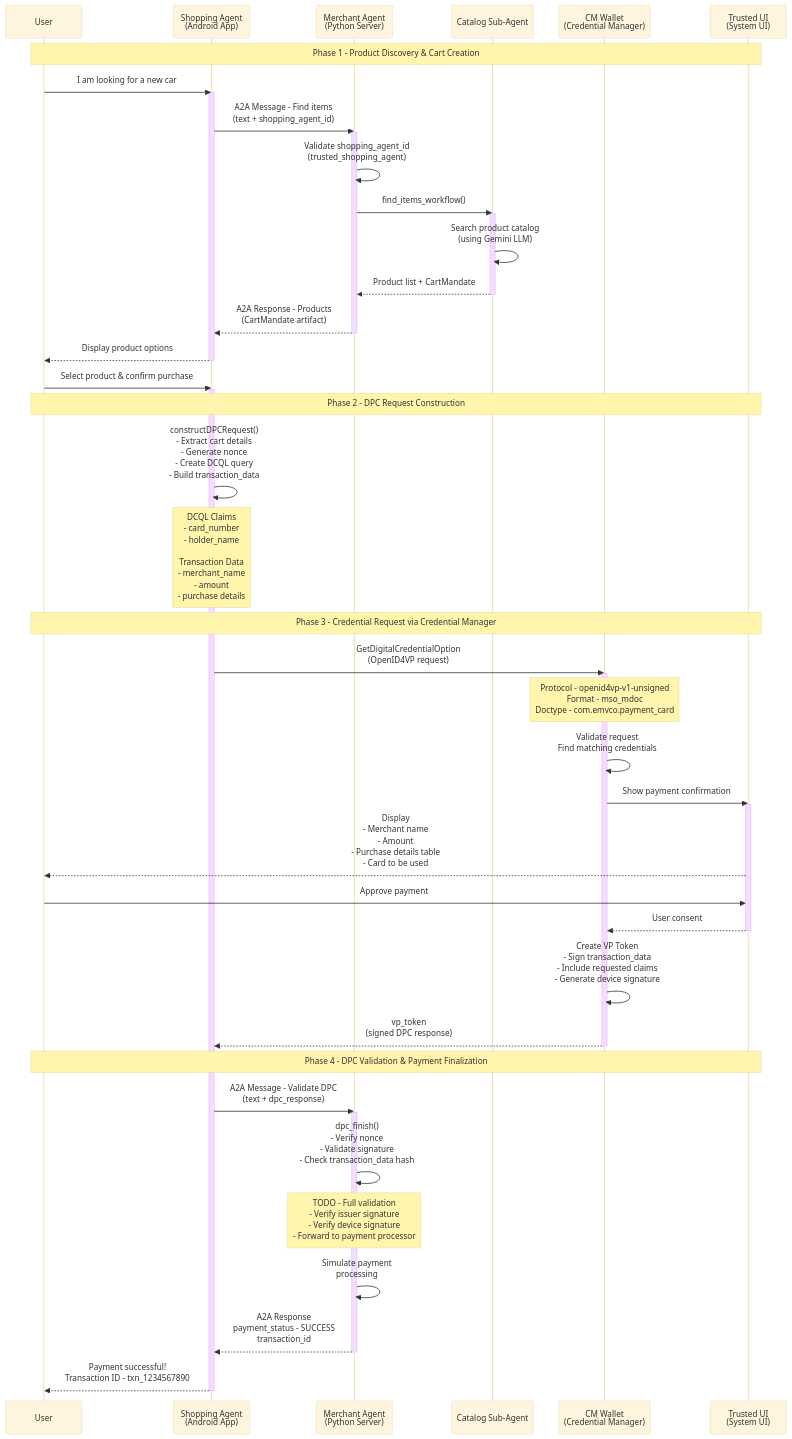
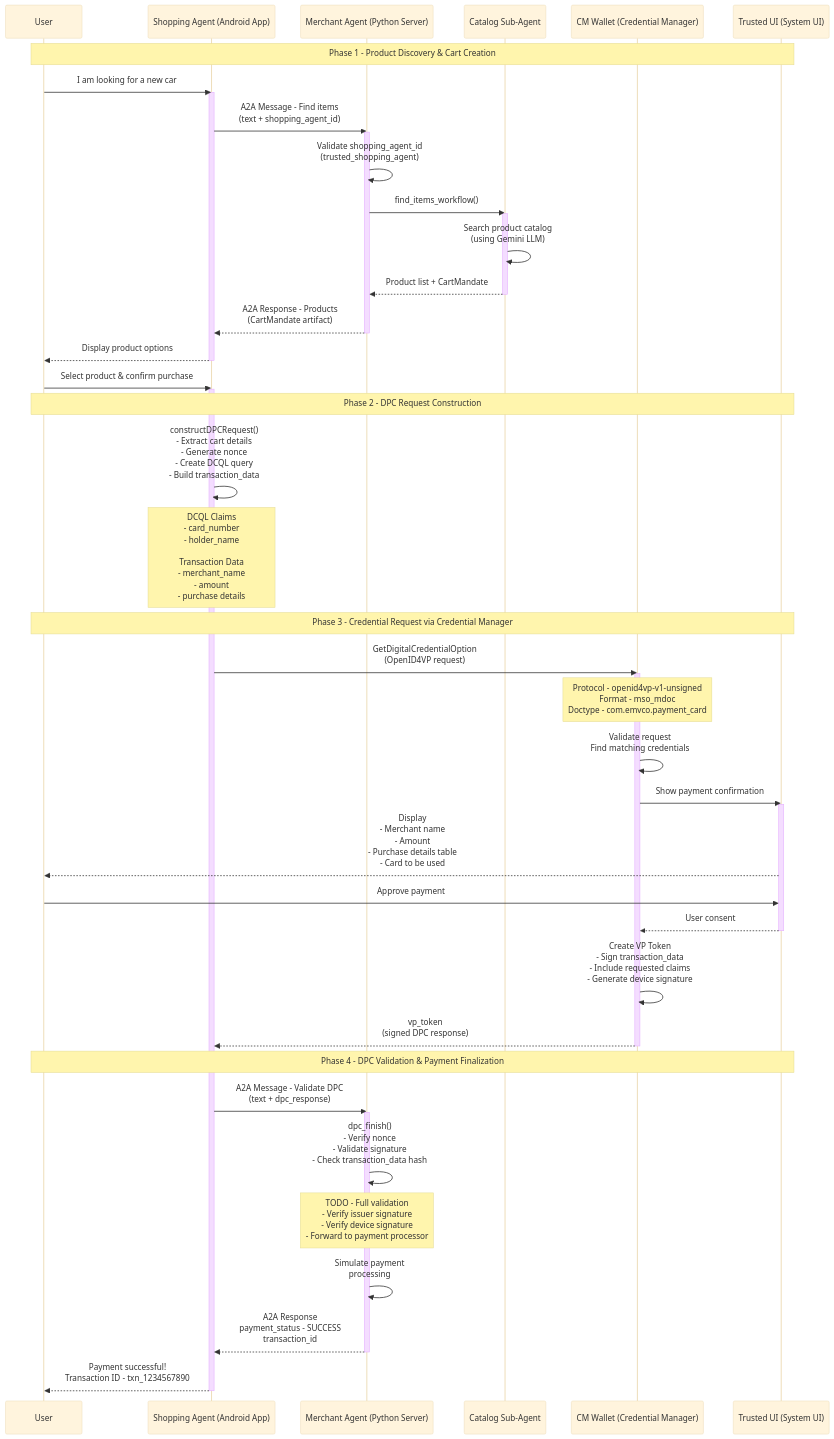
One commit to kukgini/kukgini.github.io changed the second of 4 diagrams in src/ap2/ap2-samples.md. Above: the diagram before and after it, drawn with Mermaid (base theme).

````diff
--- a/src/ap2/ap2-samples.md
+++ b/src/ap2/ap2-samples.md
@@ -186,11 +186,11 @@
 ```{mermaid}
 sequenceDiagram
     participant User
-    participant ShoppingAgent as Shopping Agent<br/>(Android App)
-    participant MerchantAgent as Merchant Agent<br/>(Python Server)
+    participant ShoppingAgent as Shopping Agent (Android App)
+    participant MerchantAgent as Merchant Agent (Python Server)
     participant CatalogAgent as Catalog Sub-Agent
-    participant CMWallet as CM Wallet<br/>(Credential Manager)
-    participant TrustedUI as Trusted UI<br/>(System UI)
+    participant CMWallet as CM Wallet (Credential Manager)
+    participant TrustedUI as Trusted UI (System UI)
 
     Note over User,TrustedUI: Phase 1 - Product Discovery & Cart Creation
 
````
